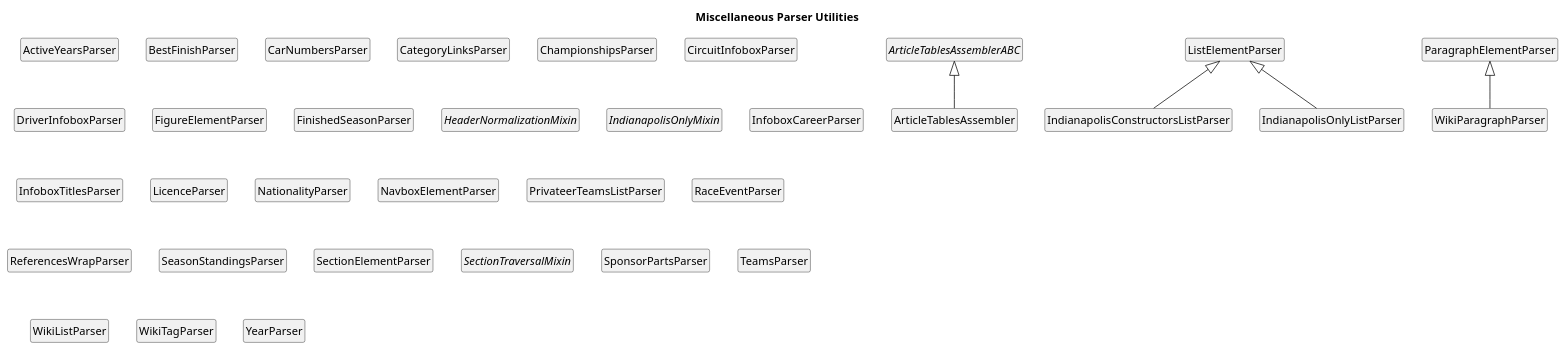
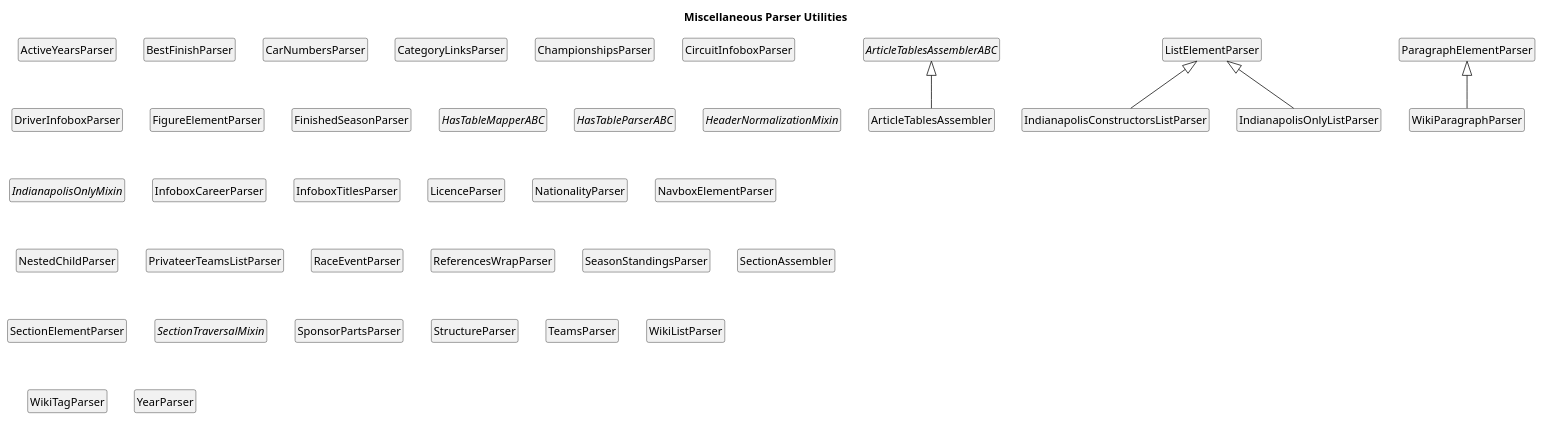
Before and after one commit to bgembalczyk/F1: the diagram in docs/uml/inheritance/parsers/07_misc_parsers.puml, drawn with PlantUML. The commit also changed 1 other file, not shown here.

Commit message:
fix: add missing standalone parser ABCs to 07_misc_parsers.puml
Agent-Logs-Url: https://github.com/bgembalczyk/F1/sessions/06fd8346-0745-43d5-9869-76ebba6bf362

```diff
--- a/docs/uml/inheritance/parsers/07_misc_parsers.puml
+++ b/docs/uml/inheritance/parsers/07_misc_parsers.puml
@@ -1,47 +1,52 @@
 @startuml
 title Miscellaneous Parser Utilities
 skinparam classAttributeIconSize 0
 hide empty members
 hide circle
 
 class ActiveYearsParser
 class ArticleTablesAssembler
 abstract class ArticleTablesAssemblerABC
 class BestFinishParser
 class CarNumbersParser
 class CategoryLinksParser
 class ChampionshipsParser
 class CircuitInfoboxParser
 class DriverInfoboxParser
 class FigureElementParser
 class FinishedSeasonParser
+abstract class HasTableMapperABC
+abstract class HasTableParserABC
 abstract class HeaderNormalizationMixin
 class IndianapolisConstructorsListParser
 class IndianapolisOnlyListParser
 abstract class IndianapolisOnlyMixin
 class InfoboxCareerParser
 class InfoboxTitlesParser
 class LicenceParser
 class ListElementParser
 class NationalityParser
 class NavboxElementParser
+class NestedChildParser
 class ParagraphElementParser
 class PrivateerTeamsListParser
 class RaceEventParser
 class ReferencesWrapParser
 class SeasonStandingsParser
+class SectionAssembler
 class SectionElementParser
 abstract class SectionTraversalMixin
 class SponsorPartsParser
+class StructureParser
 class TeamsParser
 class WikiListParser
 class WikiParagraphParser
 class WikiTagParser
 class YearParser
 
 ArticleTablesAssemblerABC <|-- ArticleTablesAssembler
 ListElementParser <|-- IndianapolisConstructorsListParser
 ListElementParser <|-- IndianapolisOnlyListParser
 ParagraphElementParser <|-- WikiParagraphParser
 
 @enduml
```
